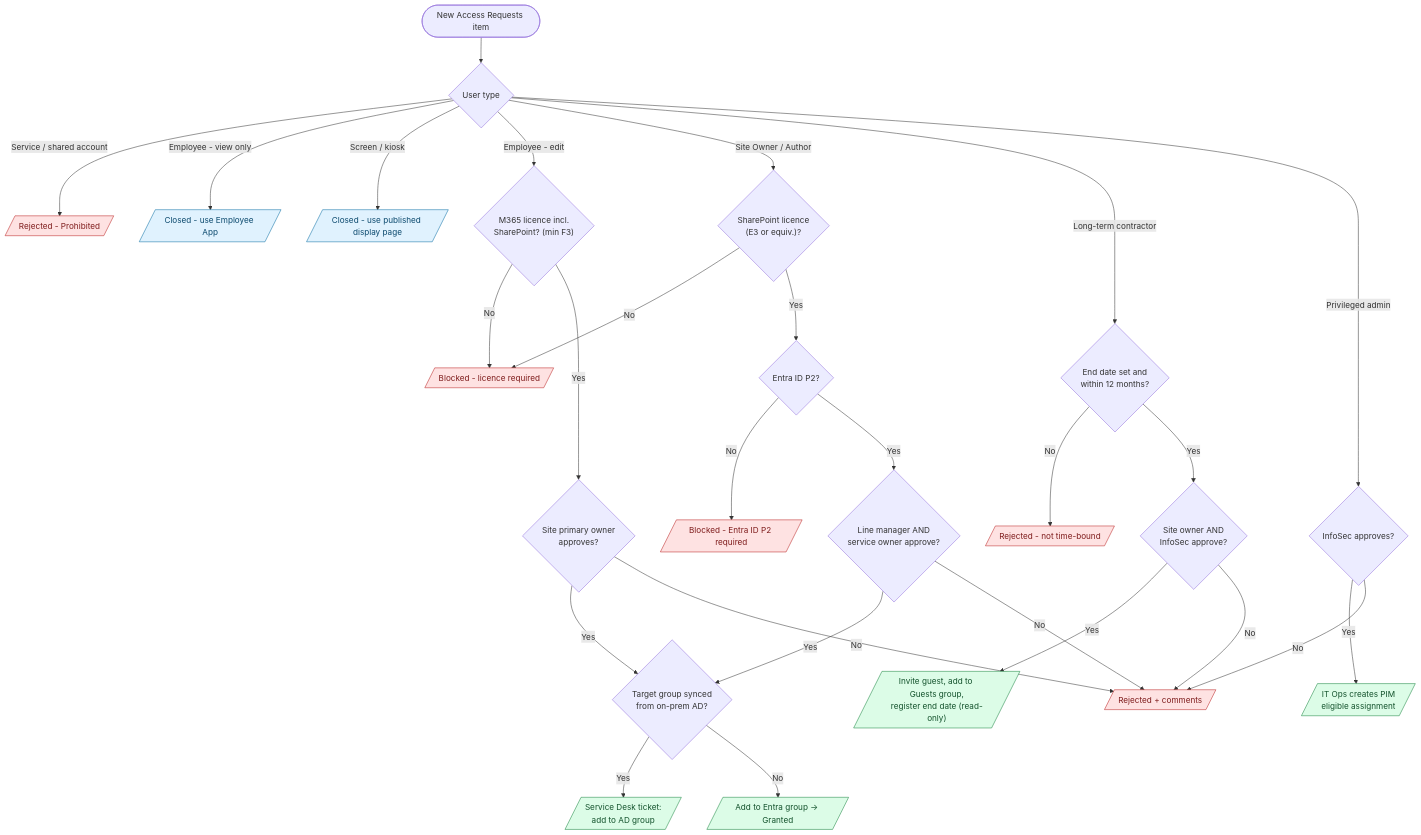
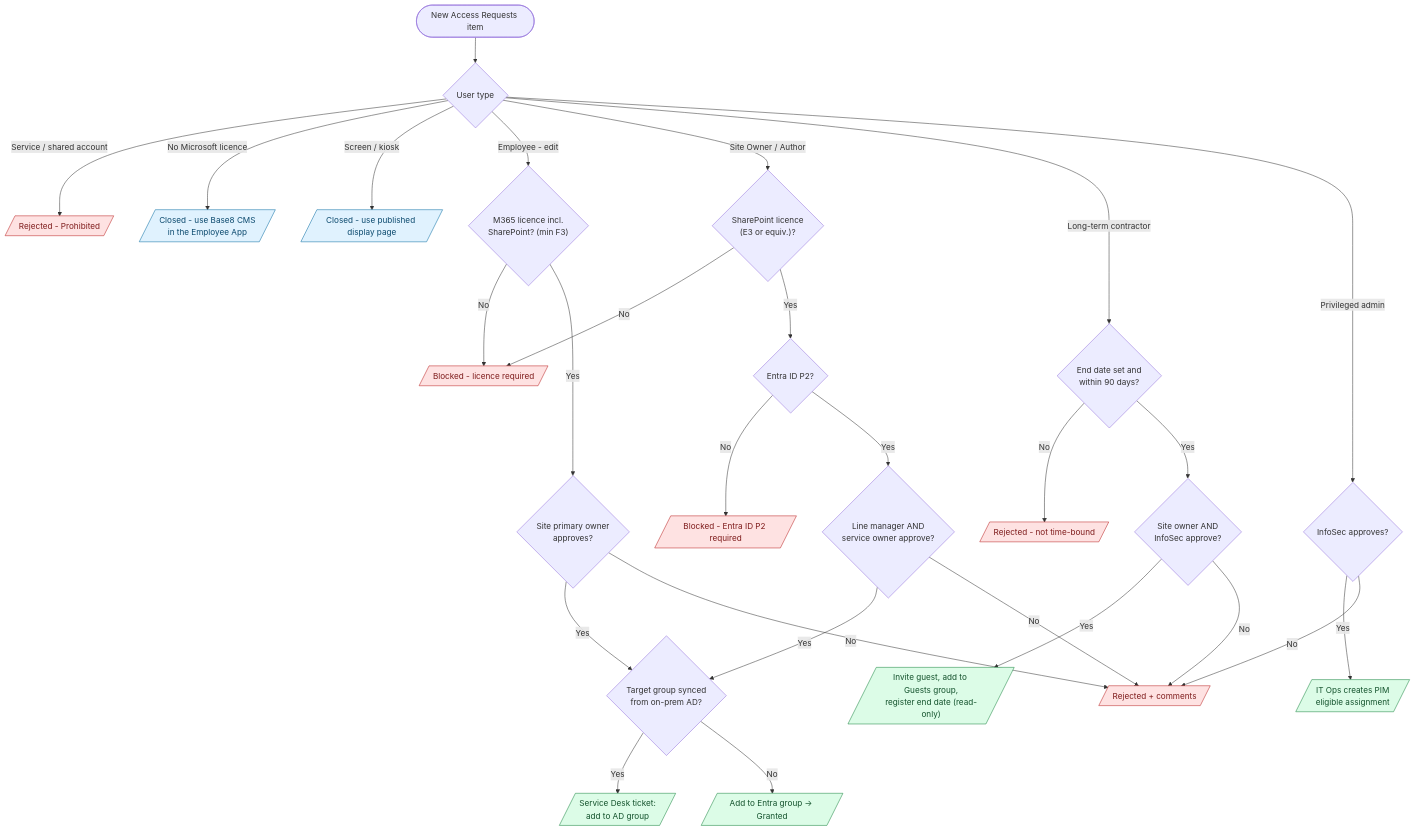
Before and after one commit to flinty-isd/Projects-hub: the second of 6 diagrams in solutions/SharePointGovernance/diagrams/governance-flows.md, drawn with Mermaid. The commit also changed other lines of this file and 12 other files, not shown here.

First line of the commit message:
Align flows with PID v4.2: named owners, retire InfoPath flow, governance fixes

````diff
--- a/solutions/SharePointGovernance/diagrams/governance-flows.md
+++ b/solutions/SharePointGovernance/diagrams/governance-flows.md
@@ -28,28 +28,28 @@
 ```mermaid
 flowchart TD
   A([New Access Requests item]) --> T{User type}
   T -->|Service / shared account| X1[/"Rejected - Prohibited"/]:::bad
-  T -->|Employee - view only| V[/"Closed - use Employee App"/]:::info
+  T -->|No Microsoft licence| V[/"Closed - use Base8 CMS<br/>in the Employee App"/]:::info
   T -->|Screen / kiosk| K[/"Closed - use published display page"/]:::info
   T -->|Employee - edit| L1{"M365 licence incl.<br/>SharePoint? (min F3)"}
   L1 -->|No| B1[/"Blocked - licence required"/]:::bad
   L1 -->|Yes| AP1{"Site primary owner<br/>approves?"}
   T -->|Site Owner / Author| L2{"SharePoint licence<br/>(E3 or equiv.)?"}
   L2 -->|No| B1
   L2 -->|Yes| P2{"Entra ID P2?"}
   P2 -->|No| B2[/"Blocked - Entra ID P2 required"/]:::bad
   P2 -->|Yes| AP2{"Line manager AND<br/>service owner approve?"}
-  T -->|Long-term contractor| TB{"End date set and<br/>within 12 months?"}
+  T -->|Long-term contractor| TB{"End date set and<br/>within 90 days?"}
   TB -->|No| X2[/"Rejected - not time-bound"/]:::bad
   TB -->|Yes| AP3{"Site owner AND<br/>InfoSec approve?"}
   AP3 -->|Yes| G[/"Invite guest, add to Guests group,<br/>register end date (read-only)"/]:::good
   T -->|Privileged admin| AP4{"InfoSec approves?"}
   AP4 -->|Yes| PIM[/"IT Ops creates PIM<br/>eligible assignment"/]:::good
   AP1 & AP2 -->|Yes| SG{"Target group synced<br/>from on-prem AD?"}
   SG -->|Yes| SD[/"Service Desk ticket:<br/>add to AD group"/]:::good
   SG -->|No| GR[/"Add to Entra group -> Granted"/]:::good
   AP1 & AP2 & AP3 & AP4 -->|No| R[/"Rejected + comments"/]:::bad
   classDef good fill:#dcfce7,stroke:#15803d,color:#14532d
   classDef bad fill:#fee2e2,stroke:#b91c1c,color:#7f1d1d
   classDef info fill:#e0f2fe,stroke:#0369a1,color:#0c4a6e
 ```
````
